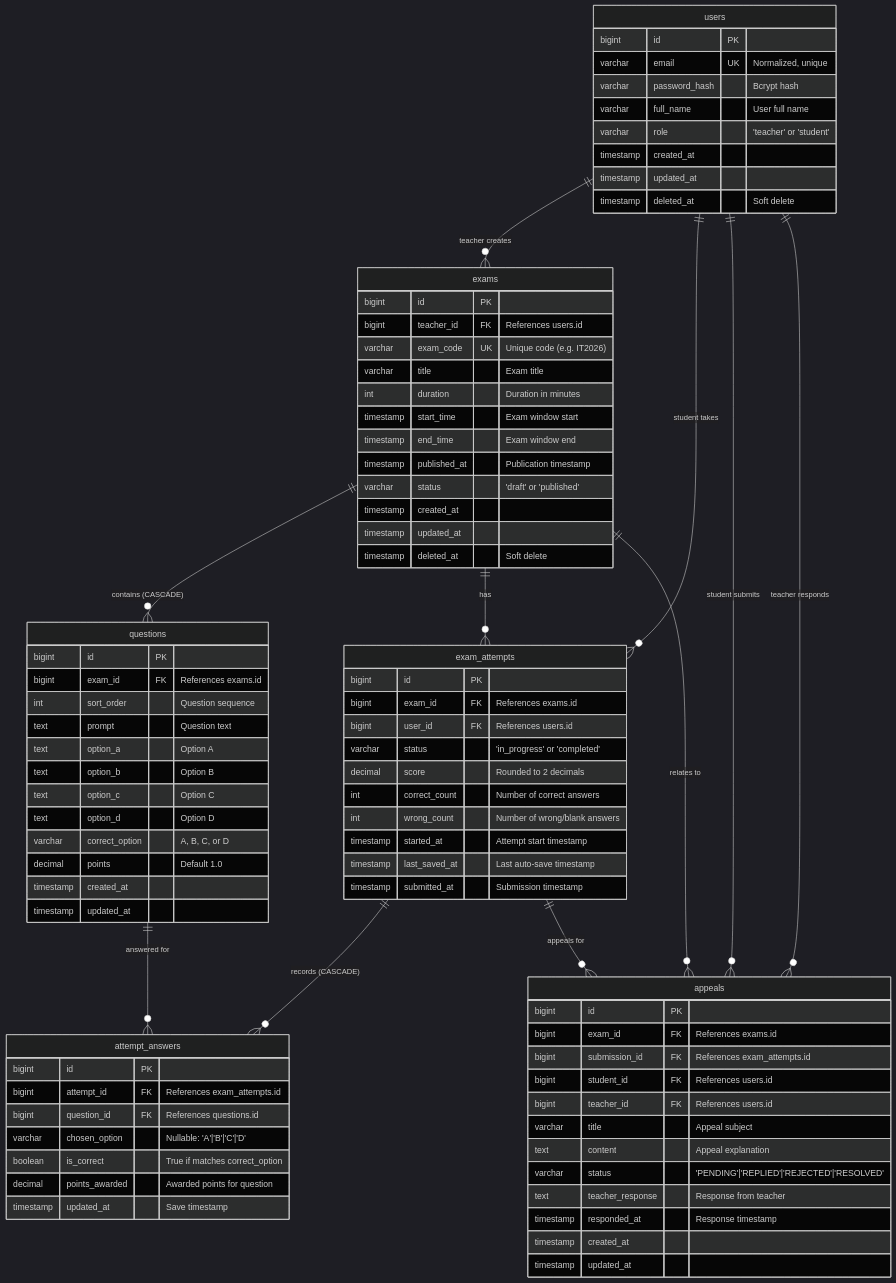
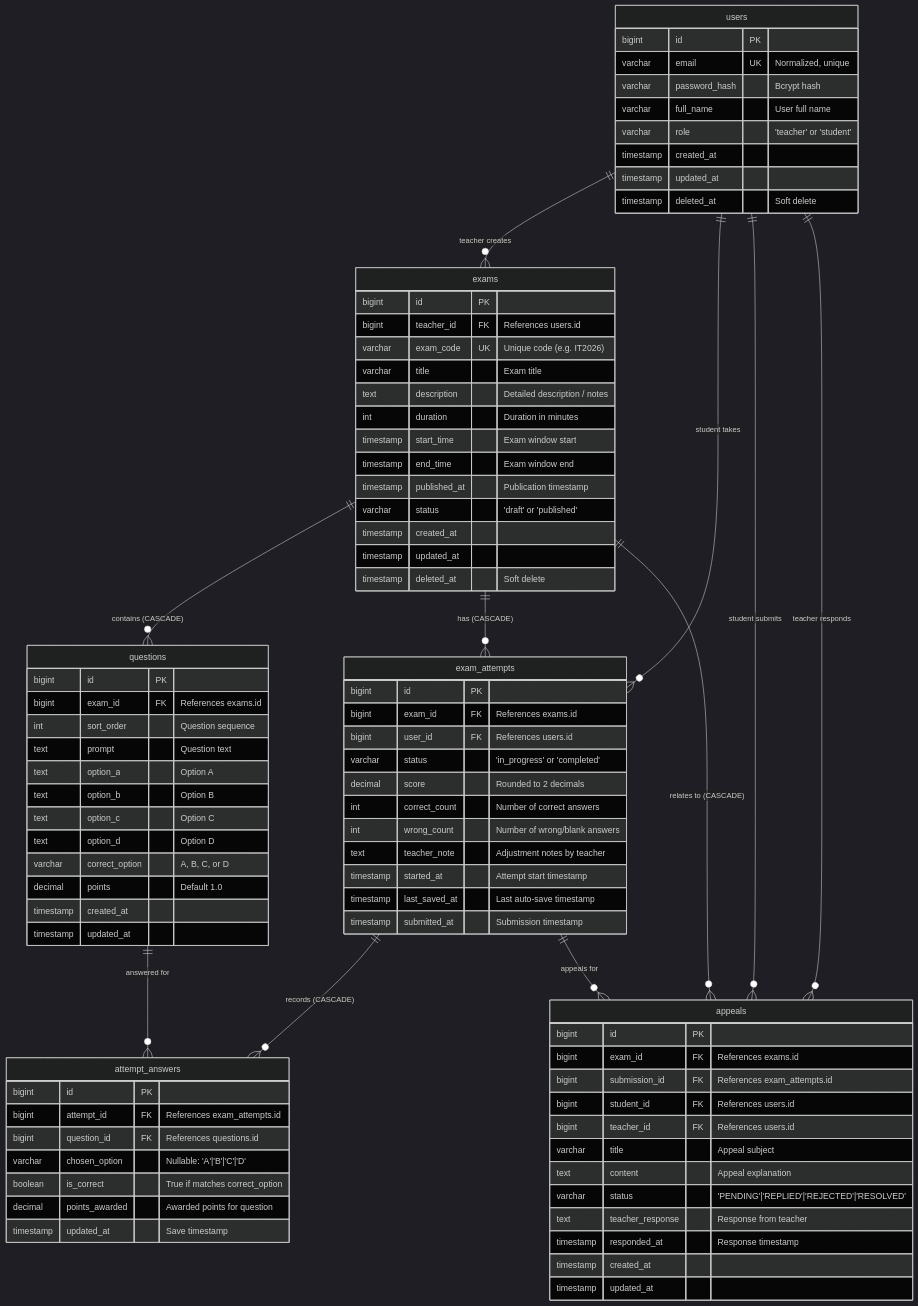
One commit to NguenDung/exam-system-mvp changed the first of 3 diagrams in ARCHITECTURE_AND_REPORT.md. Above: the diagram before and after it, drawn with Mermaid (dark theme). The commit also changed other lines of this file and 14 other files, not shown here.

Commit message:
feat: implement full CRUD for exams, questions, scores, students and upgrade exam UX

```diff
--- a/ARCHITECTURE_AND_REPORT.md
+++ b/ARCHITECTURE_AND_REPORT.md
@@ -66,8 +74,8 @@
     users ||--o{ appeals : "student submits"
     users ||--o{ appeals : "teacher responds"
     exams ||--o{ questions : "contains (CASCADE)"
-    exams ||--o{ exam_attempts : "has"
-    exams ||--o{ appeals : "relates to"
+    exams ||--o{ exam_attempts : "has (CASCADE)"
+    exams ||--o{ appeals : "relates to (CASCADE)"
     exam_attempts ||--o{ attempt_answers : "records (CASCADE)"
     exam_attempts ||--o{ appeals : "appeals for"
     questions ||--o{ attempt_answers : "answered for"
@@ -88,6 +96,7 @@
         bigint teacher_id FK "References users.id"
         varchar exam_code UK "Unique code (e.g. IT2026)"
         varchar title "Exam title"
+        text description "Detailed description / notes"
         int duration "Duration in minutes"
         timestamp start_time "Exam window start"
         timestamp end_time "Exam window end"
@@ -121,6 +130,7 @@
         decimal score "Rounded to 2 decimals"
         int correct_count "Number of correct answers"
         int wrong_count "Number of wrong/blank answers"
+        text teacher_note "Adjustment notes by teacher"
         timestamp started_at "Attempt start timestamp"
         timestamp last_saved_at "Last auto-save timestamp"
         timestamp submitted_at "Submission timestamp"
```
